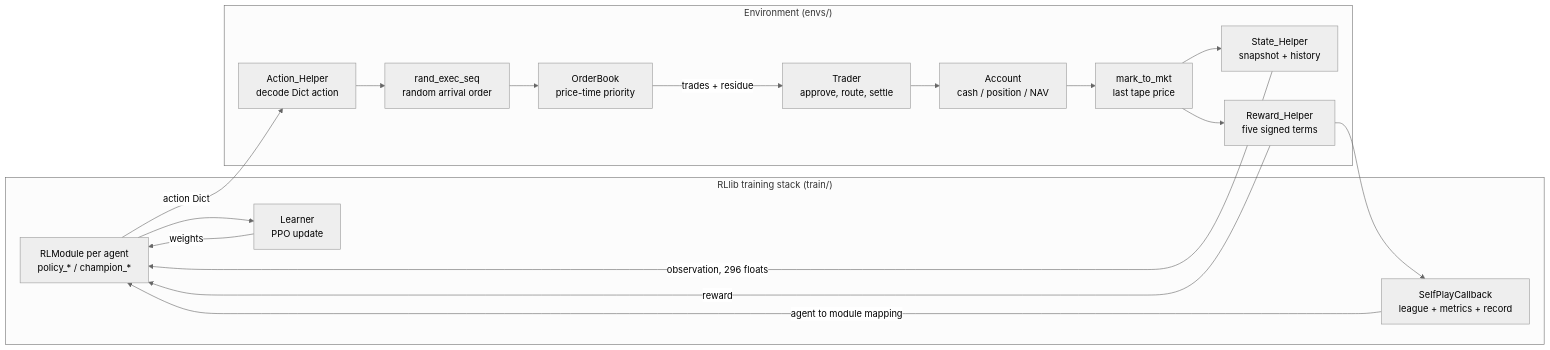
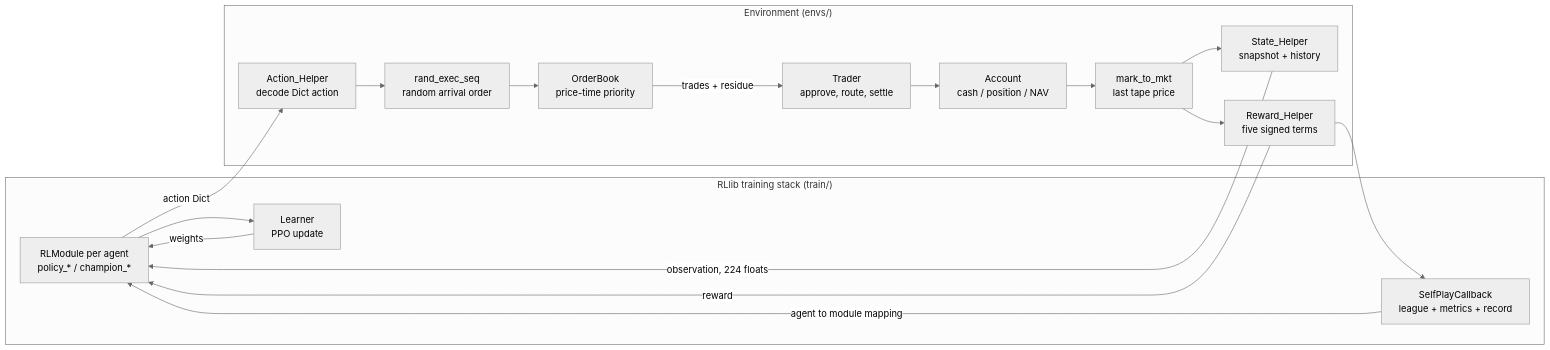
Before and after one commit to ChuaCheowHuan/gym-continuousDoubleAuction: the first of 2 diagrams in README.md, drawn with Mermaid (neutral theme). The commit also changed other lines of this file and 40 other files, not shown here.

````diff
--- a/README.md
+++ b/README.md
@@ -16,33 +16,33 @@
 ```mermaid
 flowchart LR
     subgraph RL["RLlib training stack (train/)"]
         POL["RLModule per agent<br/>policy_* / champion_*"]
         LRN["Learner<br/>PPO update"]
         CB["SelfPlayCallback<br/>league + metrics + record"]
     end
 
     subgraph ENV["Environment (envs/)"]
         ACT["Action_Helper<br/>decode Dict action"]
         SHUF["rand_exec_seq<br/>random arrival order"]
         LOB["OrderBook<br/>price-time priority"]
         TRD["Trader<br/>approve, route, settle"]
         ACC["Account<br/>cash / position / NAV"]
         MTM["mark_to_mkt<br/>last tape price"]
         OBS["State_Helper<br/>snapshot + history"]
         REW["Reward_Helper<br/>five signed terms"]
     end
 
     POL -->|"action Dict"| ACT
     ACT --> SHUF --> LOB
     LOB -->|"trades + residue"| TRD
     TRD --> ACC
     ACC --> MTM
     MTM --> OBS
     MTM --> REW
-    OBS -->|"observation, 296 floats"| POL
+    OBS -->|"observation, 224 floats"| POL
     REW -->|"reward"| POL
     REW --> CB
     CB -->|"agent to module mapping"| POL
     POL --> LRN
     LRN -->|"weights"| POL
 ```
````
